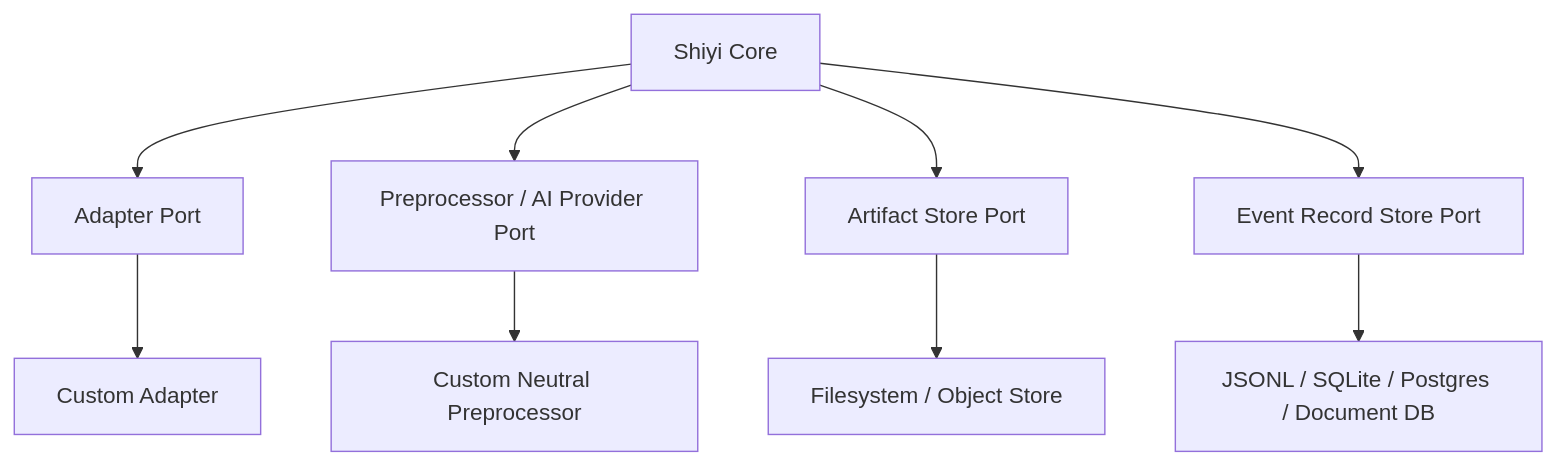
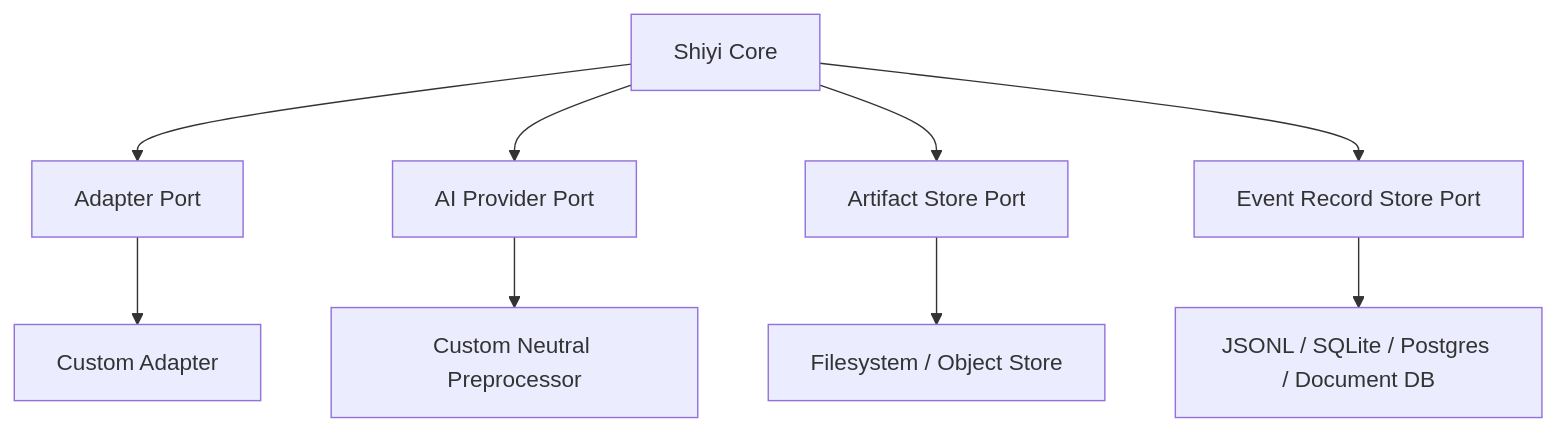
One commit to LoveOrange/shiyi changed the diagram in docs/architecture.md. Above: the diagram before and after it, drawn with Mermaid. The commit also changed other lines of this file and 30 other files, not shown here.

````diff
--- a/docs/architecture.md
+++ b/docs/architecture.md
@@ -67,12 +67,12 @@
 ```mermaid
 flowchart TB
   Core[Shiyi Core]
   Core --> AdapterPort[Adapter Port]
-  Core --> AIProviderPort[Preprocessor / AI Provider Port]
+  Core --> AIProviderPort[AI Provider Port]
   Core --> ArtifactStorePort[Artifact Store Port]
   Core --> EventRecordStorePort[Event Record Store Port]
   AdapterPort --> CustomAdapter[Custom Adapter]
   AIProviderPort --> CustomAI[Custom Neutral Preprocessor]
   ArtifactStorePort --> FileSystem[Filesystem / Object Store]
   EventRecordStorePort --> EventRecordBackend[JSONL / SQLite / Postgres / Document DB]
 ```
````
